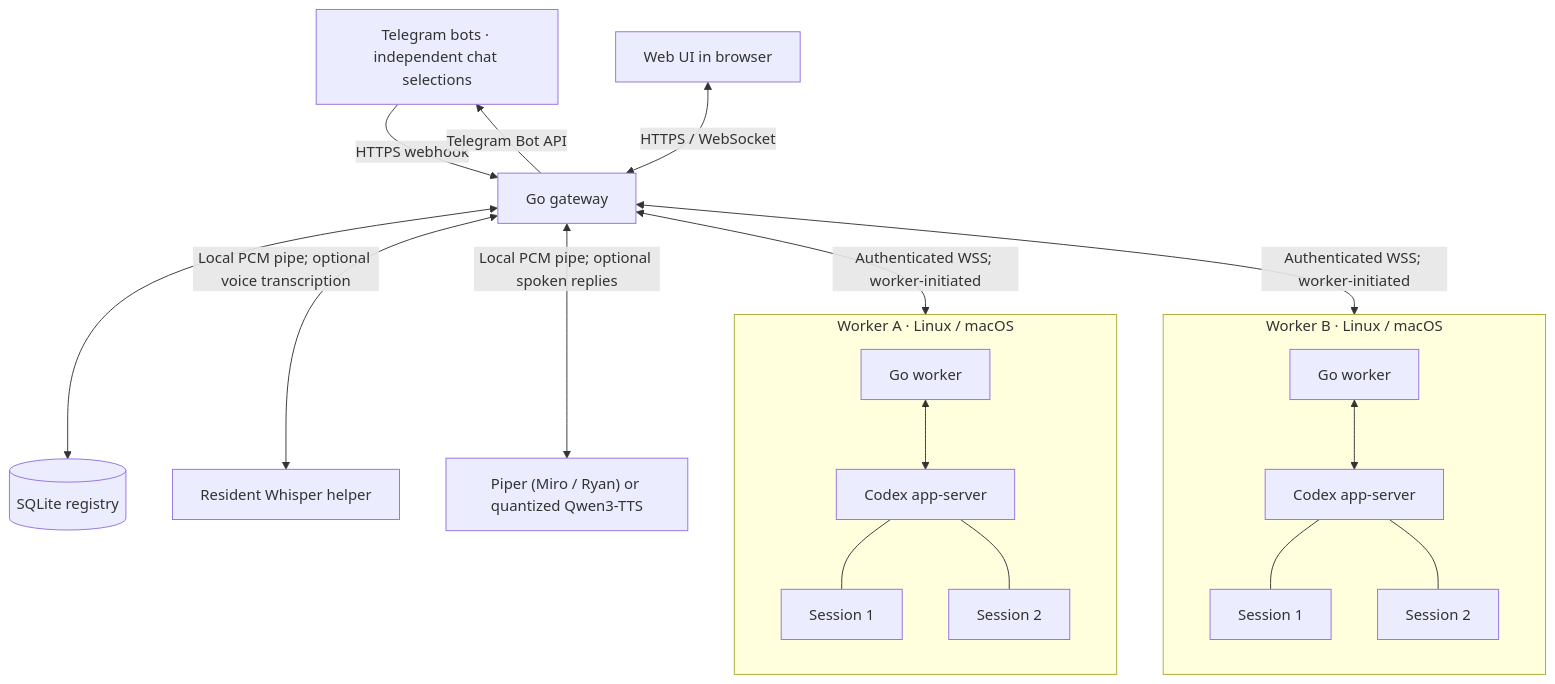
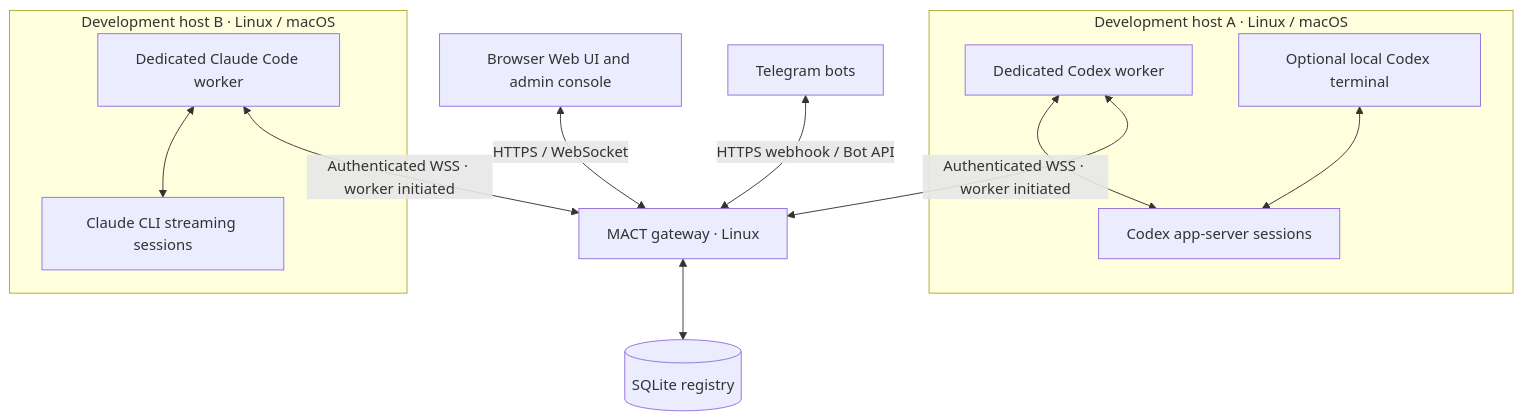
Before and after one commit to arizzi74/MACT: the diagram in README.md, drawn with Mermaid. The commit also changed other lines of this file and 121 other files, not shown here.

Commit message:
Release 0.7.0 with dedicated Claude Code workers

````diff
--- a/README.md
+++ b/README.md
@@ -39,39 +40,26 @@
 ```mermaid
 flowchart TB
-  telegram["Telegram bots · independent chat selections"]
-  browser["Web UI in browser"]
-  gateway["Go gateway"]
-  registry[("SQLite registry")]
+  Browser["Browser Web UI and admin console"]
+  Telegram["Telegram bots"]
+  Gateway["MACT gateway · Linux"]
+  Registry[("SQLite registry")]
+  Browser <-->|"HTTPS / WebSocket"| Gateway
+  Telegram <-->|"HTTPS webhook / Bot API"| Gateway
+  Gateway <--> Registry
 
-  telegram -->|"HTTPS webhook"| gateway
-  gateway -->|"Telegram Bot API"| telegram
-  browser <-->|"HTTPS / WebSocket"| gateway
-  gateway <--> registry
-  gateway <-->|"Local PCM pipe; optional voice transcription"| whisper["Resident Whisper helper"]
-  gateway <-->|"Local PCM pipe; optional spoken replies"| speech["Piper (Miro / Ryan) or quantized Qwen3-TTS"]
-
-  subgraph machine_a["Worker A · Linux / macOS"]
-    direction TB
-    worker_a["Go worker"]
-    codex_a["Codex app-server"]
-    session_a1["Session 1"]
-    session_a2["Session 2"]
-    worker_a <--> codex_a
-    codex_a --- session_a1
-    codex_a --- session_a2
+  subgraph A["Development host A · Linux / macOS"]
+    CodexWorker["Dedicated Codex worker"]
+    Codex["Codex app-server sessions"]
+    Terminal["Optional local Codex terminal"]
+    CodexWorker <--> Codex
+    Terminal <--> Codex
+  end
+  subgraph B["Development host B · Linux / macOS"]
+    ClaudeWorker["Dedicated Claude Code worker"]
+    Claude["Claude CLI streaming sessions"]
+    ClaudeWorker <--> Claude
   end
 
-  subgraph machine_b["Worker B · Linux / macOS"]
-    direction TB
-    worker_b["Go worker"]
-    codex_b["Codex app-server"]
-    session_b1["Session 1"]
-    session_b2["Session 2"]
-    worker_b <--> codex_b
-    codex_b --- session_b1
-    codex_b --- session_b2
-  end
-
-  gateway <-->|"Authenticated WSS; worker-initiated"| machine_a
-  gateway <-->|"Authenticated WSS; worker-initiated"| machine_b
+  CodexWorker <-->|"Authenticated WSS · worker initiated"| Gateway
+  ClaudeWorker <-->|"Authenticated WSS · worker initiated"| Gateway
 ```
````
